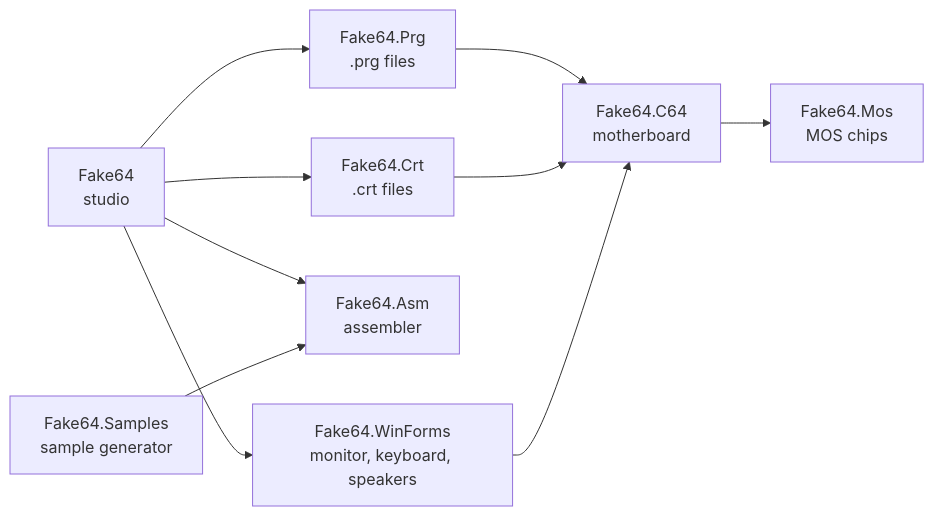
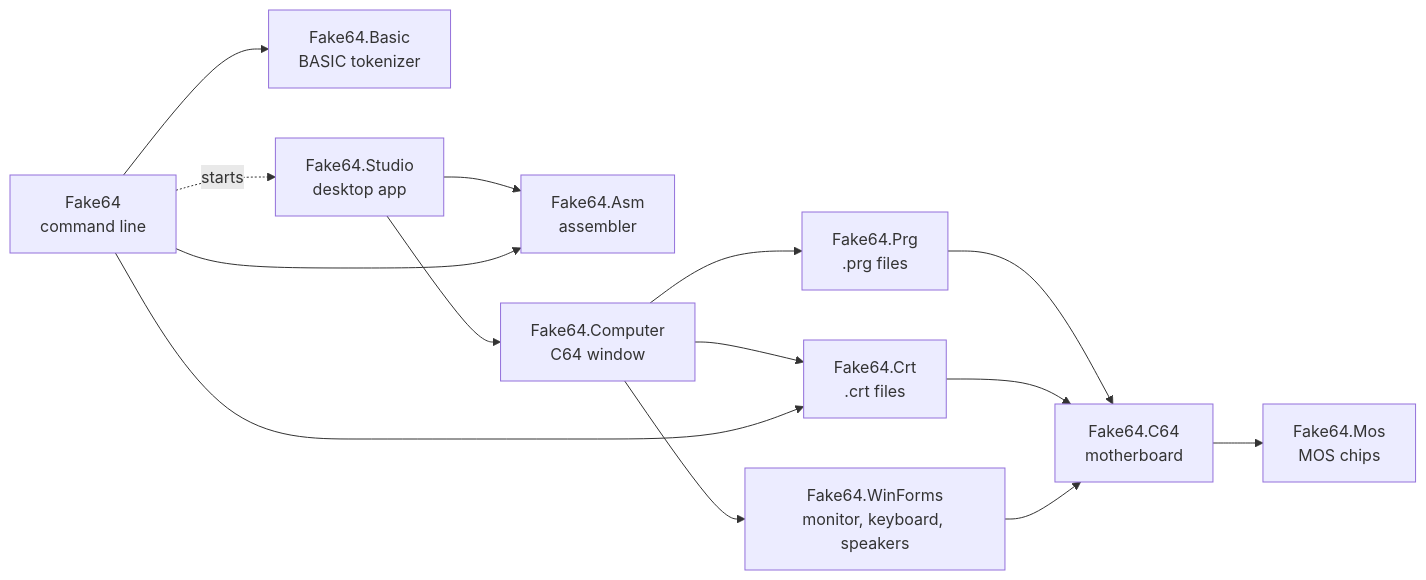
The first of 2 diagrams in docs/ARCHITECTURE.md (marcoparenzan/ThingRetro), drawn with Mermaid before and after one commit. The commit also changed other lines of this file and 36 other files, not shown here.

First line of the commit message:
fake64 command line and global tool; desktop app split into Computer and Studio

````diff
--- a/docs/ARCHITECTURE.md
+++ b/docs/ARCHITECTURE.md
@@ -9,20 +9,26 @@
 ```mermaid
 flowchart LR
     Mos[Fake64.Mos<br/>MOS chips]
     C64[Fake64.C64<br/>motherboard]
     Prg[Fake64.Prg<br/>.prg files]
     Crt[Fake64.Crt<br/>.crt files]
     Asm[Fake64.Asm<br/>assembler]
+    Basic[Fake64.Basic<br/>BASIC tokenizer]
     WinForms[Fake64.WinForms<br/>monitor, keyboard, speakers]
-    App[Fake64<br/>studio]
-    Samples[Fake64.Samples<br/>sample generator]
+    Computer[Fake64.Computer<br/>C64 window]
+    Studio[Fake64.Studio<br/>desktop app]
+    Cli[Fake64<br/>command line]
     C64 --> Mos
     Prg --> C64
     Crt --> C64
     WinForms --> C64
-    App --> Prg
-    App --> Crt
-    App --> Asm
-    App --> WinForms
-    Samples --> Asm
+    Computer --> Prg
+    Computer --> Crt
+    Computer --> WinForms
+    Studio --> Computer
+    Studio --> Asm
+    Cli --> Asm
+    Cli --> Basic
+    Cli --> Crt
+    Cli -. starts .-> Studio
 ```
````
